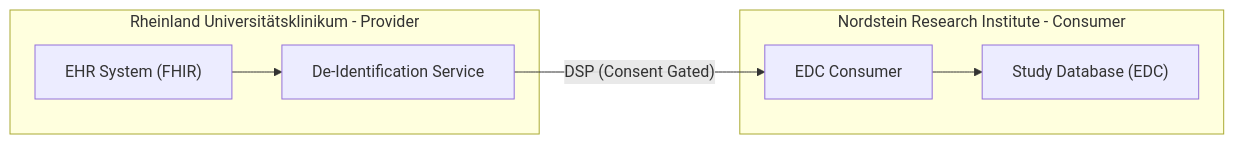
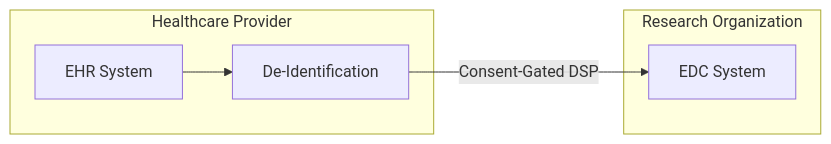
Before and after one commit to ma3u/MinimumViableDataspace: the diagram in README.md, drawn with Mermaid. The commit also changed other lines of this file and 137 other files, not shown here.

````diff
--- a/README.md
+++ b/README.md
@@ -49,16 +91,14 @@
 ```mermaid
 flowchart LR
-    subgraph Provider["Rheinland Universitätsklinikum - Provider"]
-        EHR["EHR System (FHIR)"]
-        DeID["De-Identification Service"]
+    subgraph Provider["Healthcare Provider"]
+        EHR["EHR System"]
+        DeID["De-Identification"]
     end
     
-    subgraph Consumer["Nordstein Research Institute - Consumer"]
-        EDC_C["EDC Consumer"]
-        StudyDB["Study Database (EDC)"]
+    subgraph Consumer["Research Organization"]
+        EDC["EDC System"]
     end
     
     EHR --> DeID
-    DeID --> |"DSP (Consent Gated)"| EDC_C
-    EDC_C --> StudyDB
+    DeID -->|"Consent-Gated DSP"| EDC
 ```
````
